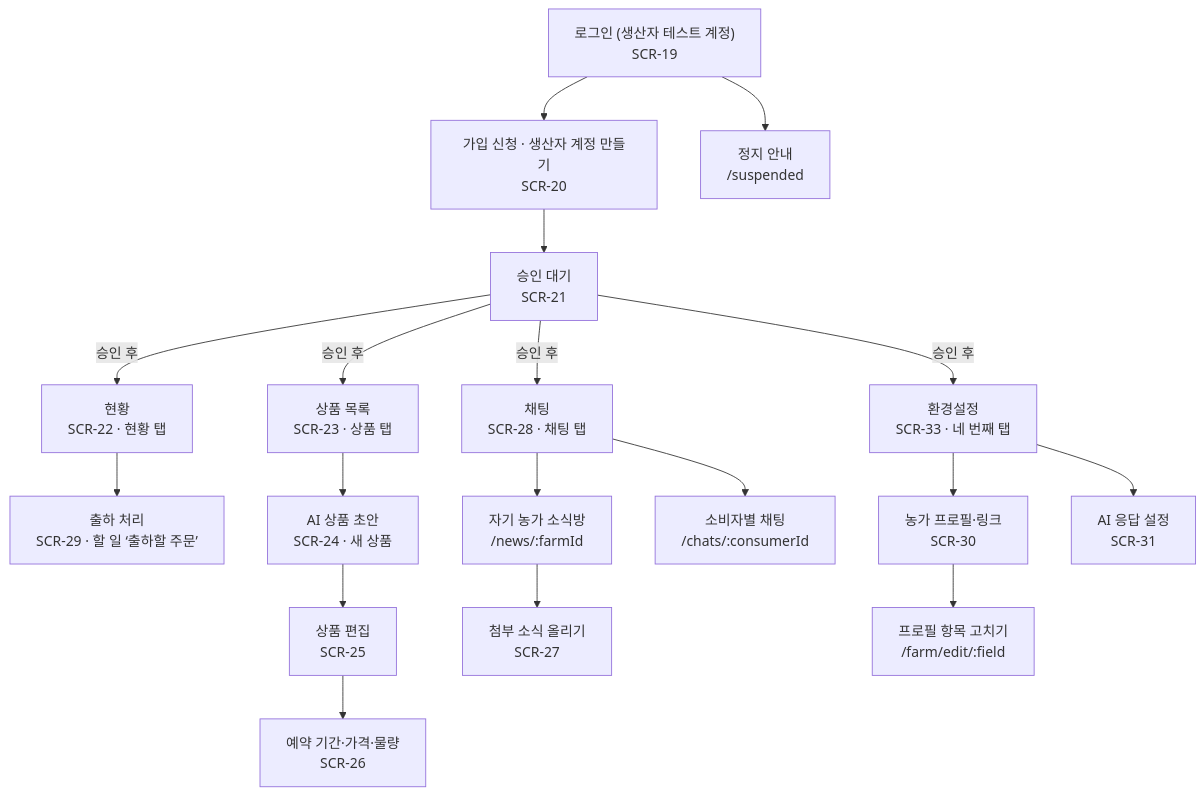
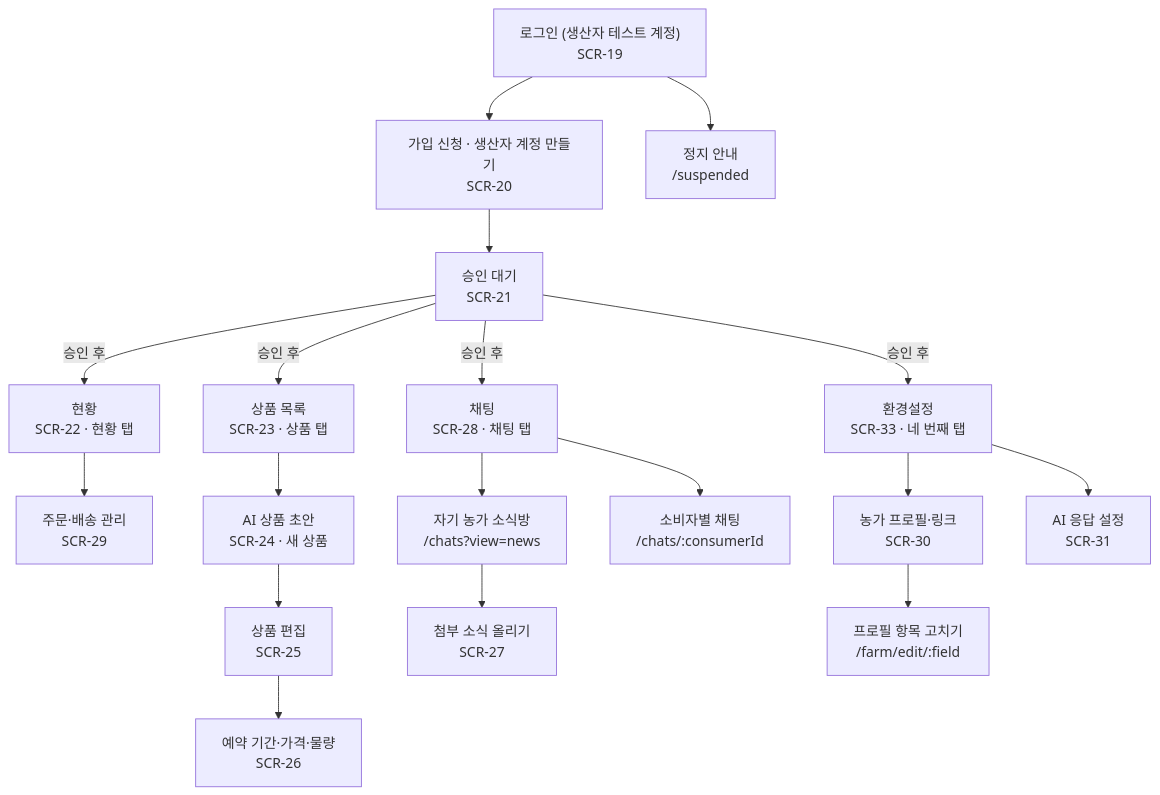
One commit to snuhcs-course/swpp-2026-project-team-06 changed the second of 4 diagrams in docs/spec/ia.md. Above: the diagram before and after it, drawn with Mermaid. The commit also changed other lines of this file and 67 other files, not shown here.

````diff
--- a/docs/spec/ia.md
+++ b/docs/spec/ia.md
@@ -53,17 +58,17 @@
 ```mermaid
 flowchart TD
   login["로그인 (생산자 테스트 계정)<br/>SCR-19"] --> apply["가입 신청 · 생산자 계정 만들기<br/>SCR-20"] --> pending["승인 대기<br/>SCR-21"]
   login --> suspended["정지 안내<br/>/suspended"]
   pending -- 승인 후 --> home["현황<br/>SCR-22 · 현황 탭"]
   pending -- 승인 후 --> products["상품 목록<br/>SCR-23 · 상품 탭"]
   pending -- 승인 후 --> questions["채팅<br/>SCR-28 · 채팅 탭"]
   pending -- 승인 후 --> settings["환경설정<br/>SCR-33 · 네 번째 탭"]
   settings --> farmtab["농가 프로필·링크<br/>SCR-30"]
   room --> broadcast["첨부 소식 올리기<br/>SCR-27"]
-  home --> ship["출하 처리<br/>SCR-29 · 할 일 ‘출하할 주문’"]
-  questions --> room["자기 농가 소식방<br/>/news/:farmId"]
+  home --> ship["주문·배송 관리<br/>SCR-29"]
+  questions --> room["자기 농가 소식방<br/>/chats?view=news"]
   settings --> ai["AI 응답 설정<br/>SCR-31"]
   questions --> qchat["소비자별 채팅<br/>/chats/:consumerId"]
   farmtab --> fedit["프로필 항목 고치기<br/>/farm/edit/:field"]
   products --> draft["AI 상품 초안<br/>SCR-24 · 새 상품"] --> edit["상품 편집<br/>SCR-25"] --> stages["예약 기간·가격·물량<br/>SCR-26"]
 ```
````
